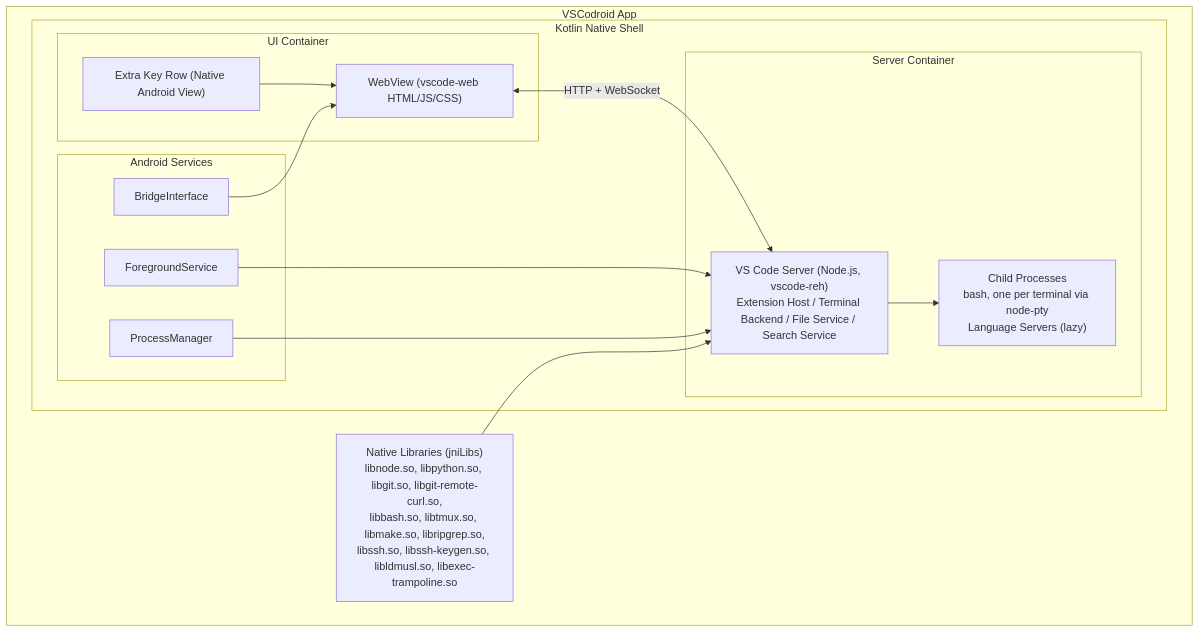
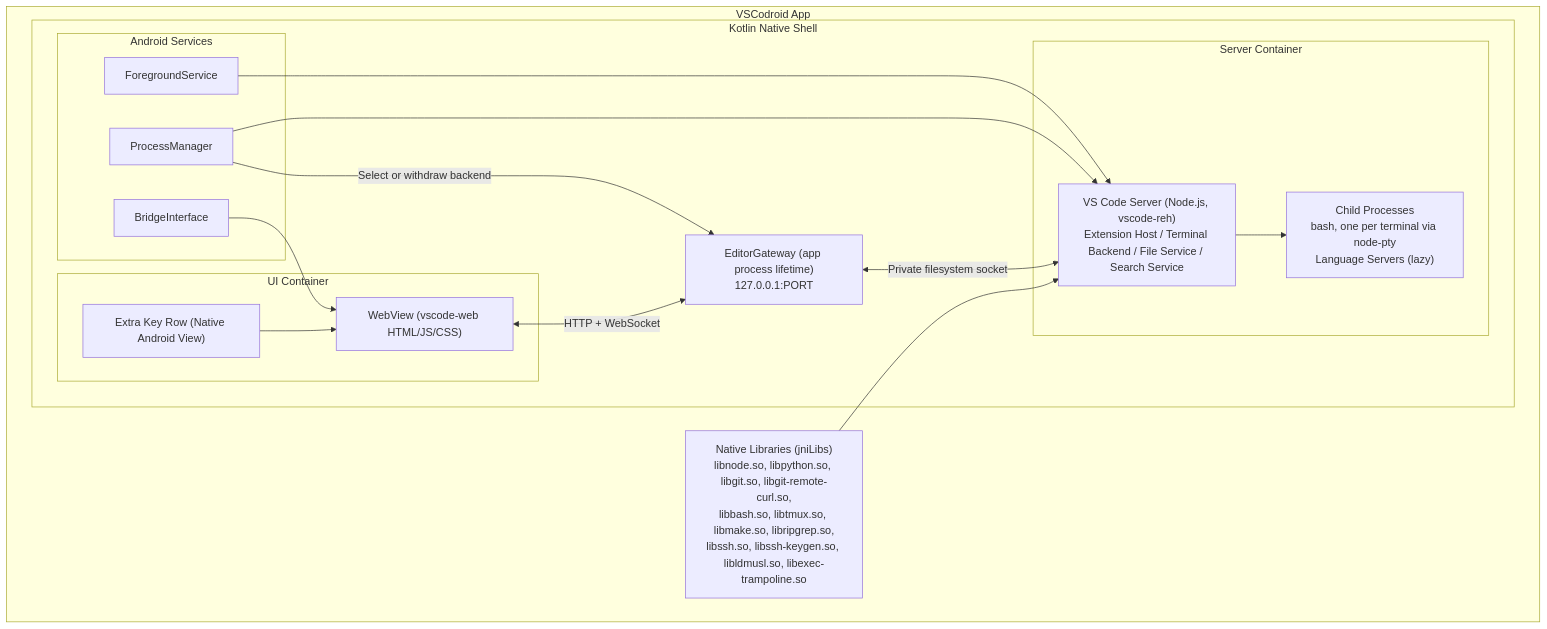
The third of 12 diagrams in docs/03-ARCHITECTURE.md (rmyndharis/VSCodroid), drawn with Mermaid before and after one commit. The commit also changed other lines of this file and 221 other files, not shown here.

````diff
--- a/docs/03-ARCHITECTURE.md
+++ b/docs/03-ARCHITECTURE.md
@@ -85,32 +85,35 @@
 ```mermaid
 flowchart TD
   subgraph APP["VSCodroid App"]
     subgraph SHELL["Kotlin Native Shell"]
       subgraph UI["UI Container"]
         WEBVIEW["WebView (vscode-web HTML/JS/CSS)"]
         EXTRAROW["Extra Key Row (Native Android View)"]
       end
 
       subgraph SERVER["Server Container"]
         VSS["VS Code Server (Node.js, vscode-reh)<br/>Extension Host / Terminal Backend / File Service / Search Service"]
         CHILD["Child Processes<br/>bash, one per terminal via node-pty<br/>Language Servers (lazy)"]
       end
 
       subgraph SERVICES["Android Services"]
         FGSVC["ForegroundService"]
         PM["ProcessManager"]
         BRIDGE["BridgeInterface"]
       end
+      GATEWAY["EditorGateway (app process lifetime)<br/>127.0.0.1:PORT"]
     end
 
     LIBS["Native Libraries (jniLibs)<br/>libnode.so, libpython.so, libgit.so, libgit-remote-curl.so,<br/>libbash.so, libtmux.so, libmake.so, libripgrep.so,<br/>libssh.so, libssh-keygen.so, libldmusl.so, libexec-trampoline.so"]
   end
 
   EXTRAROW --> WEBVIEW
-  WEBVIEW <-->|"HTTP + WebSocket"| VSS
+  WEBVIEW <-->|"HTTP + WebSocket"| GATEWAY
+  GATEWAY <-->|"Private filesystem socket"| VSS
   VSS --> CHILD
   FGSVC --> VSS
   PM --> VSS
+  PM -->|"Select or withdraw backend"| GATEWAY
   BRIDGE --> WEBVIEW
   LIBS --> VSS
 ```
````
